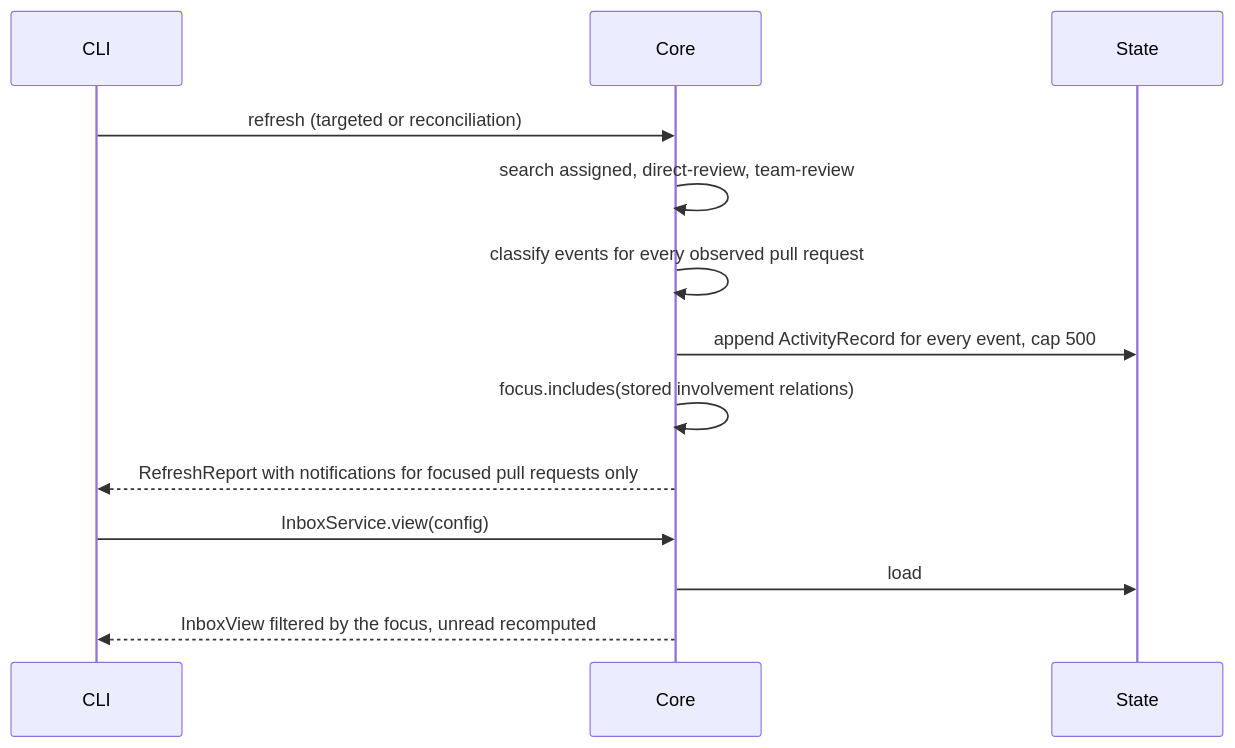
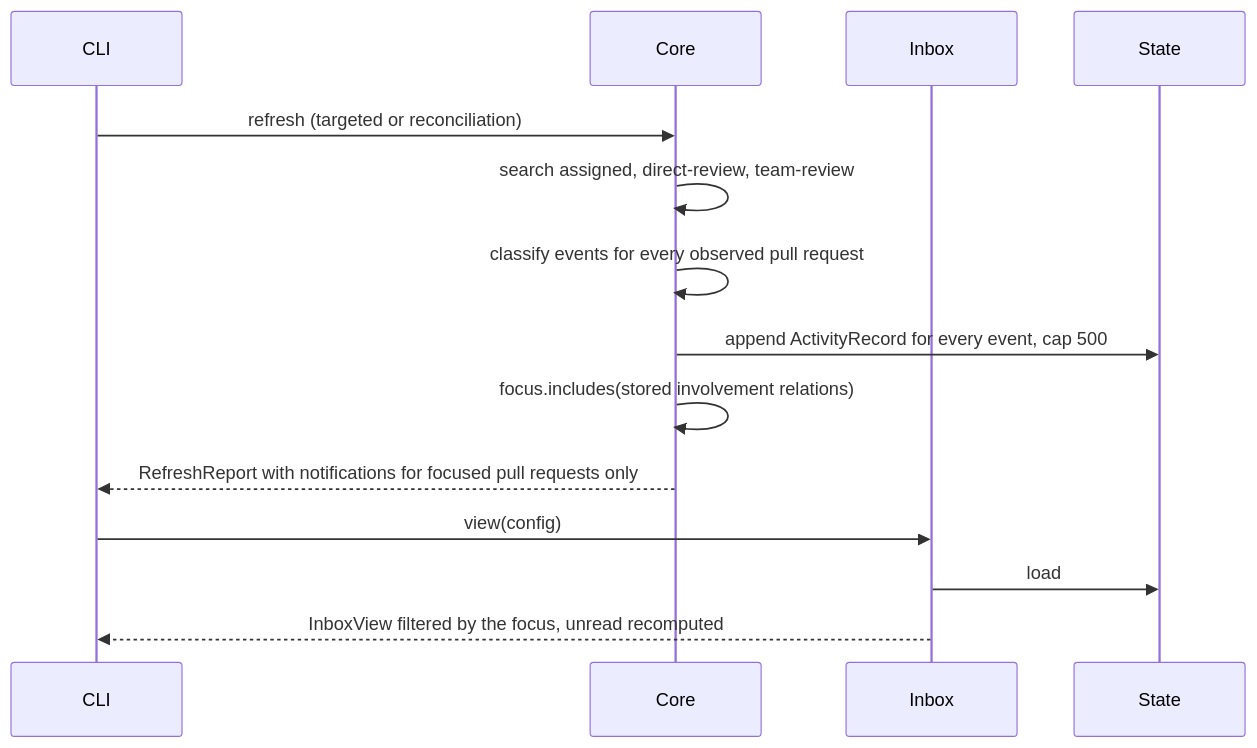
One commit to buster/passuff changed the sixth of 6 diagrams in docs/arc42/06-runtime-view.md. Above: the diagram before and after it, drawn with Mermaid. The commit also changed other lines of this file and 86 other files, not shown here.

````diff
--- a/docs/arc42/06-runtime-view.md
+++ b/docs/arc42/06-runtime-view.md
@@ -210,15 +210,16 @@
 ```mermaid
 sequenceDiagram
     participant CLI
     participant Core
+    participant Inbox
     participant State
     CLI->>Core: refresh (targeted or reconciliation)
     Core->>Core: search assigned, direct-review, team-review
     Core->>Core: classify events for every observed pull request
     Core->>State: append ActivityRecord for every event, cap 500
     Core->>Core: focus.includes(stored involvement relations)
     Core-->>CLI: RefreshReport with notifications for focused pull requests only
-    CLI->>Core: InboxService.view(config)
-    Core->>State: load
-    Core-->>CLI: InboxView filtered by the focus, unread recomputed
+    CLI->>Inbox: view(config)
+    Inbox->>State: load
+    Inbox-->>CLI: InboxView filtered by the focus, unread recomputed
 ```
````
